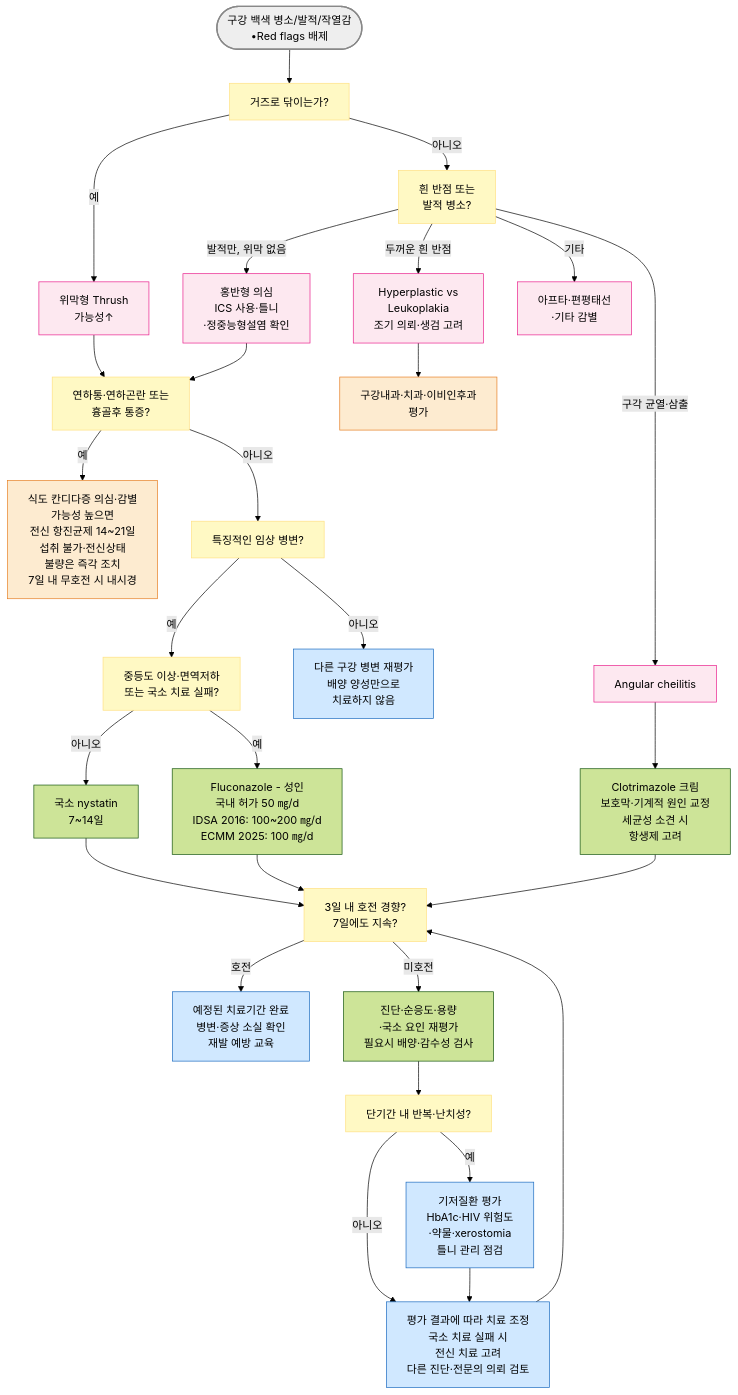
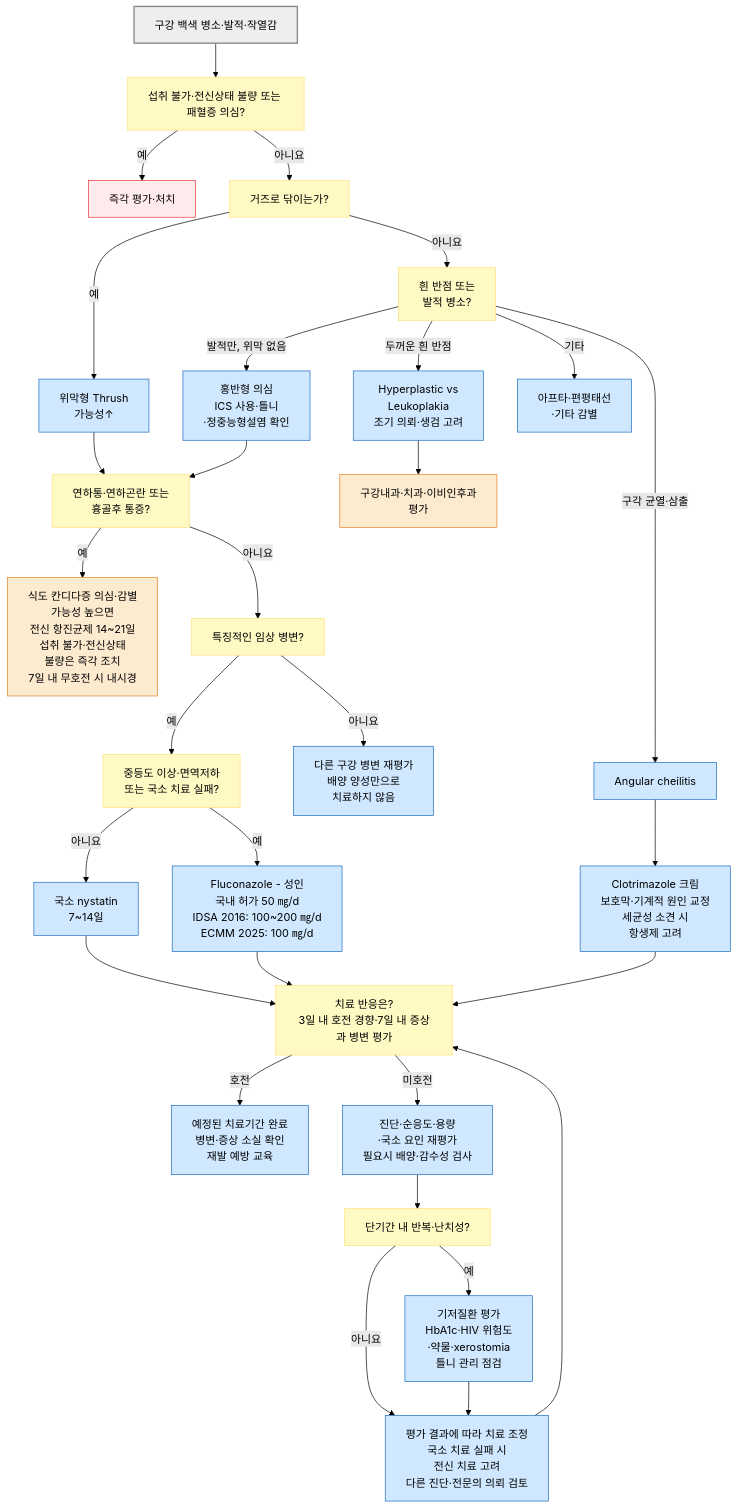
Before and after one commit to familyoh77/familyoh77: the diagram in 222_/055_-oral-candidiasis.md, drawn with Mermaid (forest theme). The commit also changed other lines of this file and 13 other files, not shown here.

````diff
--- a/222_/055_-oral-candidiasis.md
+++ b/222_/055_-oral-candidiasis.md
@@ -138,39 +138,41 @@
 ```mermaid
 flowchart TD
-    A(["구강 백색 병소/발적/작열감<br/>•Red flags 배제"]) --> B["거즈로 닦이는가?"]
-    B -- 예 --> C["위막형 Thrush <br/>가능성↑"]
-    B -- 아니오 --> D["흰 반점 또는<br/>발적 병소?"]
-    D -- 두꺼운 흰 반점 --> E["Hyperplastic vs <br/>Leukoplakia<br/>조기 의뢰·생검 고려"]
-    D -- 발적만, 위막 없음 --> H["홍반형 의심<br/>ICS 사용·틀니<br/>·정중능형설염 확인"]
-    D -- 구각 균열·삼출 --> G["Angular cheilitis"]
-    D -- 기타 --> Z["아프타·편평태선<br/>·기타 감별"]
+    A["구강 백색 병소·발적·작열감"] --> EM["섭취 불가·전신상태 불량 또는 패혈증 의심?"]
+    EM -- "예" --> ER["즉각 평가·처치"]
+    EM -- "아니요" --> B["거즈로 닦이는가?"]
+    B -- "예" --> C["위막형 Thrush <br/>가능성↑"]
+    B -- "아니요" --> D["흰 반점 또는<br/>발적 병소?"]
+    D -- "두꺼운 흰 반점" --> E["Hyperplastic vs <br/>Leukoplakia<br/>조기 의뢰·생검 고려"]
+    D -- "발적만, 위막 없음" --> H["홍반형 의심<br/>ICS 사용·틀니<br/>·정중능형설염 확인"]
+    D -- "구각 균열·삼출" --> G["Angular cheilitis"]
+    D -- "기타" --> Z["아프타·편평태선<br/>·기타 감별"]
     C --> I["연하통·연하곤란 또는<br/>흉골후 통증?"]
     H --> I
-    I -- 예 --> J["식도 칸디다증 의심·감별<br/>가능성 높으면 <br/>전신 항진균제 14~21일<br/>섭취 불가·전신상태 <br/>불량은 즉각 조치<br/>7일 내 무호전 시 내시경"]
-    I -- 아니오 --> K["특징적인 임상 병변?"]
-    K -- 아니오 --> N["다른 구강 병변 재평가<br/>배양 양성만으로 <br/>치료하지 않음"]
-    K -- 예 --> O["중등도 이상·면역저하<br/>또는 국소 치료 실패?"]
-    O -- 아니오 --> P["국소 nystatin<br/>7~14일"]
-    O -- 예 --> Q["Fluconazole - 성인<br/>국내 허가 50 ㎎/d<br/>IDSA 2016: 100~200 ㎎/d<br/>ECMM 2025: 100 ㎎/d"]
-    P --> R["3일 내 호전 경향?<br/>7일에도 지속?"]
+    I -- "예" --> J["식도 칸디다증 의심·감별<br/>가능성 높으면 <br/>전신 항진균제 14~21일<br/>섭취 불가·전신상태 <br/>불량은 즉각 조치<br/>7일 내 무호전 시 내시경"]
+    I -- "아니요" --> K["특징적인 임상 병변?"]
+    K -- "아니요" --> N["다른 구강 병변 재평가<br/>배양 양성만으로 <br/>치료하지 않음"]
+    K -- "예" --> O["중등도 이상·면역저하<br/>또는 국소 치료 실패?"]
+    O -- "아니요" --> P["국소 nystatin<br/>7~14일"]
+    O -- "예" --> Q["Fluconazole - 성인<br/>국내 허가 50 ㎎/d<br/>IDSA 2016: 100~200 ㎎/d<br/>ECMM 2025: 100 ㎎/d"]
+    P --> R["치료 반응은?<br/>3일 내 호전 경향·7일 내 증상과 병변 평가"]
     Q --> R
-    R -- 호전 --> S["예정된 치료기간 완료<br/>병변·증상 소실 확인<br/>재발 예방 교육"]
-    R -- 미호전 --> T["진단·순응도·용량<br/>·국소 요인 재평가<br/>필요시 배양·감수성 검사"]
+    R -- "호전" --> S["예정된 치료기간 완료<br/>병변·증상 소실 확인<br/>재발 예방 교육"]
+    R -- "미호전" --> T["진단·순응도·용량<br/>·국소 요인 재평가<br/>필요시 배양·감수성 검사"]
     T --> U["단기간 내 반복·난치성?"]
-    U -- 예 --> V["기저질환 평가<br/>HbA1c·HIV 위험도<br/>·약물·xerostomia<br/>틀니 관리 점검"]
-    U -- 아니오 --> Y["평가 결과에 따라 치료 조정<br/>국소 치료 실패 시 <br/>전신 치료 고려<br/>다른 진단·전문의 의뢰 검토"]
+    U -- "예" --> V["기저질환 평가<br/>HbA1c·HIV 위험도<br/>·약물·xerostomia<br/>틀니 관리 점검"]
+    U -- "아니요" --> Y["평가 결과에 따라 치료 조정<br/>국소 치료 실패 시 <br/>전신 치료 고려<br/>다른 진단·전문의 의뢰 검토"]
     V --> Y
     Y --> R
     G --> W["Clotrimazole 크림<br/>보호막·기계적 원인 교정<br/>세균성 소견 시 <br/>항생제 고려"]
     W --> R
     E --> X["구강내과·치과·이비인후과<br/>평가"]
-style A fill:#eeeeee,stroke:#888888,stroke-width:2px
+style A fill:#eee,stroke:#888,stroke-width:2px
 classDef orange fill:#fdebd0,stroke:#e67e22
 class J,X orange
 classDef yellow fill:#fff9c4,stroke:#ffe082
-class B,D,I,K,O,R,U yellow
+class EM,B,D,I,K,O,R,U yellow
+classDef red fill:#ffebee,stroke:#e53935
+class ER red
 classDef blue fill:#d0e8ff,stroke:#1a6abf
-class N,S,V,Y blue
-classDef pink fill:#fde8f0,stroke:#e91e8c
-class G,H,Z,C,E pink
+class N,S,V,Y,P,Q,T,W,G,H,Z,C,E blue
 ```
````
